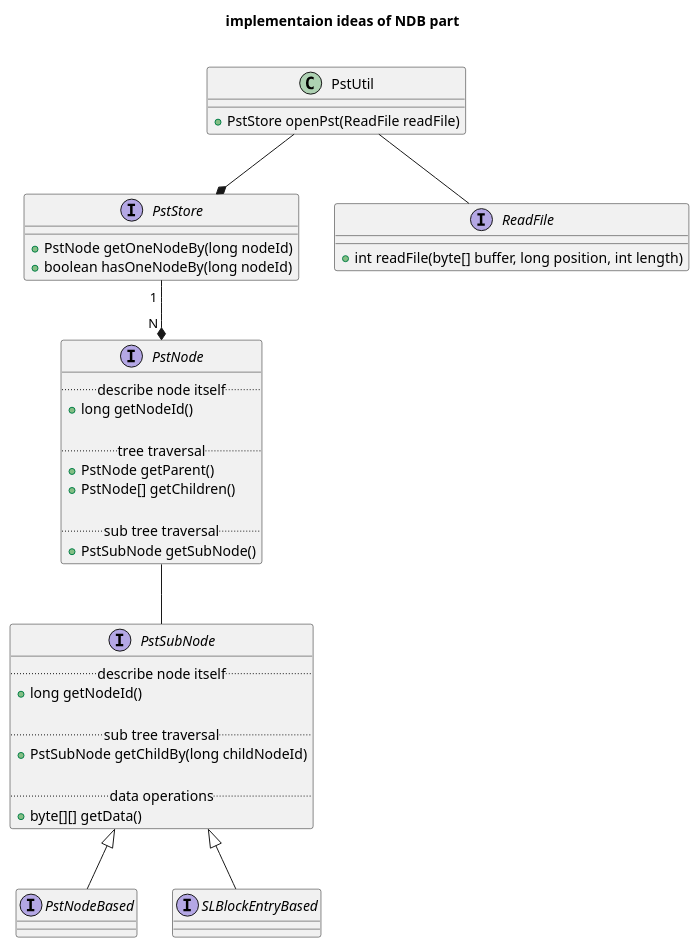
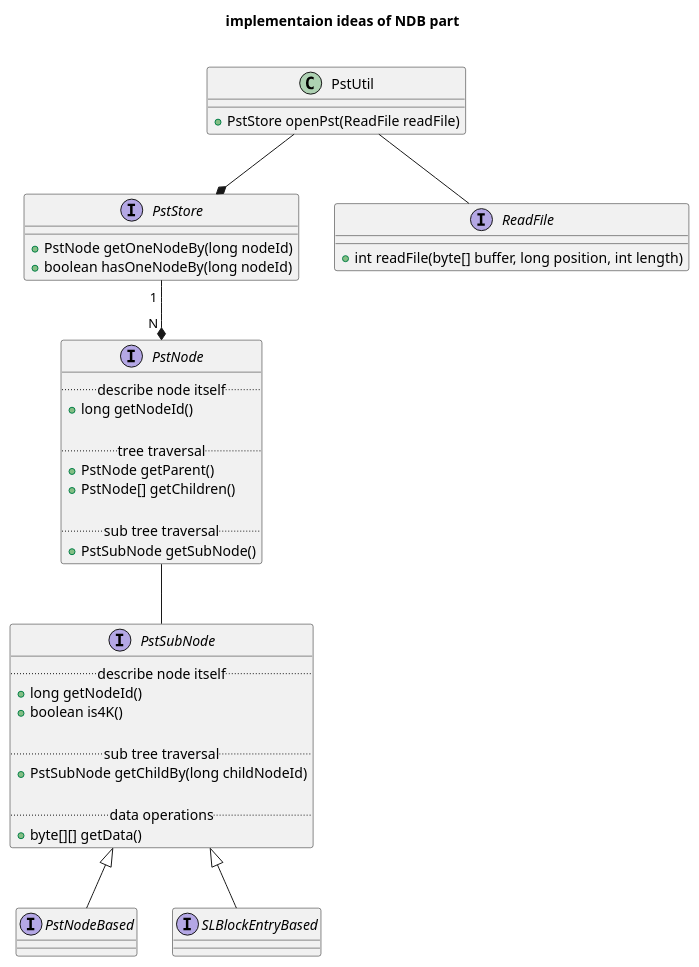
Before and after one commit to Kris-LIBIS/ruby-msg: the second of 6 diagrams in plantuml/base.plantuml, drawn with PlantUML. The commit also changed 7 other files, not shown here.

```diff
--- a/plantuml/base.plantuml
+++ b/plantuml/base.plantuml
@@ -15,55 +15,56 @@
 @startuml schematic
 title implementaion ideas of NDB part\n
 
 class PstUtil {
     + PstStore openPst(ReadFile readFile)
 }
 
 interface PstStore {
     + PstNode getOneNodeBy(long nodeId)
     + boolean hasOneNodeBy(long nodeId)
 }
 
 interface PstNode {
     .. describe node itself ..
     + long getNodeId()
 
     .. tree traversal ..
     + PstNode getParent()
     + PstNode[] getChildren()
 
     .. sub tree traversal ..
     + PstSubNode getSubNode()
 }
 
 interface PstSubNode {
     .. describe node itself ..
     + long getNodeId()
+    + boolean is4K()
 
     .. sub tree traversal ..
     + PstSubNode getChildBy(long childNodeId)
 
     .. data operations ..
     + byte[][] getData()
 }
 
 interface PstNodeBased {
 
 }
 
 interface SLBlockEntryBased {
 
 }
 
 PstUtil --* PstStore
 PstUtil -- ReadFile
 PstStore " 1 " --* " N " PstNode
 PstNode -- PstSubNode
 PstSubNode <|-- PstNodeBased
 PstSubNode <|-- SLBlockEntryBased
 
 interface ReadFile {
     + int readFile(byte[] buffer, long position, int length)
 }
 
 @enduml
```
